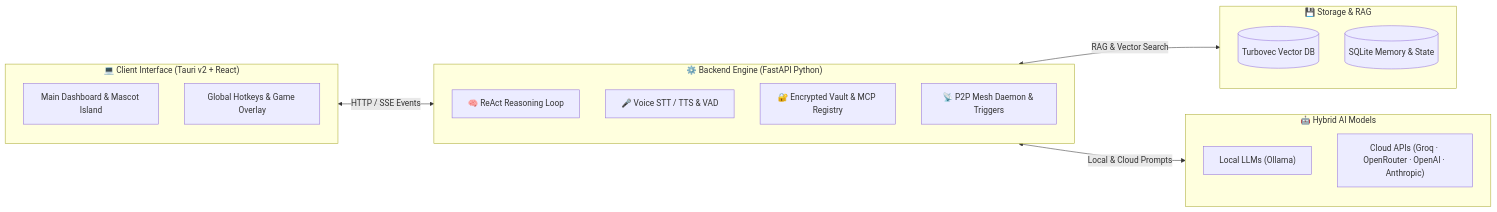
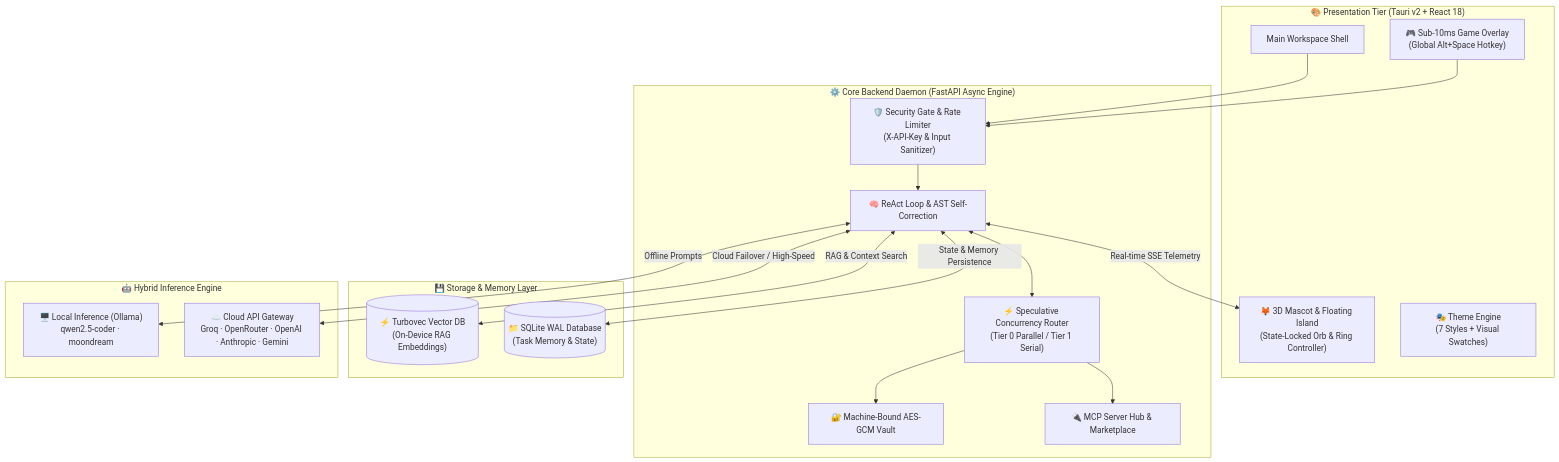
Before and after one commit to Aryan4132/Meridian-X: the diagram in README.md, drawn with Mermaid. The commit also changed other lines of this file and 19 other files, not shown here.

Commit message:
feat(ui): add 11 design themes, distraction blocker, theme relocation, responsive grid views, and 50-slot clipboard history

````diff
--- a/README.md
+++ b/README.md
@@ -107,28 +83,43 @@
 ```mermaid
-graph LR
-    subgraph UI["💻 Client Interface (Tauri v2 + React)"]
-        Dash["Main Dashboard & Mascot Island"]
-        Hotkeys["Global Hotkeys & Game Overlay"]
+flowchart TB
+    subgraph FE["🎨 Presentation Tier (Tauri v2 + React 18)"]
+        UI["Main Workspace Shell"]
+        Mascot["🦊 3D Mascot & Floating Island\n(State-Locked Orb & Ring Controller)"]
+        Themes["🎭 Theme Engine\n(7 Styles + Visual Swatches)"]
+        Overlay["🎮 Sub-10ms Game Overlay\n(Global Alt+Space Hotkey)"]
     end
 
-    subgraph Engine["⚙️ Backend Engine (FastAPI Python)"]
-        Agent["🧠 ReAct Reasoning Loop"]
-        Voice["🎤 Voice STT / TTS & VAD"]
-        Vault["🔐 Encrypted Vault & MCP Registry"]
-        P2P["📡 P2P Mesh Daemon & Triggers"]
+    subgraph BE["⚙️ Core Backend Daemon (FastAPI Async Engine)"]
+        Security["🛡️ Security Gate & Rate Limiter\n(X-API-Key & Input Sanitizer)"]
+        Agent["🧠 ReAct Loop & AST Self-Correction"]
+        Router["⚡ Speculative Concurrency Router\n(Tier 0 Parallel / Tier 1 Serial)"]
+        Vault["🔐 Machine-Bound AES-GCM Vault"]
+        MCP["🔌 MCP Server Hub & Marketplace"]
     end
 
-    subgraph Storage["💾 Storage & RAG"]
-        Turbovec[("Turbovec Vector DB")]
-        SQLite[("SQLite Memory & State")]
+    subgraph DB["💾 Storage & Memory Layer"]
+        VectorDB[("⚡ Turbovec Vector DB\n(On-Device RAG Embeddings)")]
+        StateDB[("📁 SQLite WAL Database\n(Task Memory & State)")]
     end
 
-    subgraph Inference["🤖 Hybrid AI Models"]
-        Ollama["Local LLMs (Ollama)"]
-        Cloud["Cloud APIs (Groq · OpenRouter · OpenAI · Anthropic)"]
+    subgraph LLM["🤖 Hybrid Inference Engine"]
+        LocalLLM["🖥️ Local Inference (Ollama)\nqwen2.5-coder · moondream"]
+        CloudLLM["☁️ Cloud API Gateway\nGroq · OpenRouter · OpenAI · Anthropic · Gemini"]
     end
 
-    UI <-->|HTTP / SSE Events| Engine
-    Engine <-->|RAG & Vector Search| Storage
-    Engine <-->|Local & Cloud Prompts| Inference
+    UI --> Security
+    Overlay --> Security
+    Security --> Agent
+
+    Agent <-->|Real-time SSE Telemetry| Mascot
+    Agent <--> Router
+
+    Router --> Vault
+    Router --> MCP
+
+    Agent <-->|RAG & Context Search| VectorDB
+    Agent <-->|State & Memory Persistence| StateDB
+
+    Agent <-->|Offline Prompts| LocalLLM
+    Agent <-->|Cloud Failover / High-Speed| CloudLLM
 ```
````
